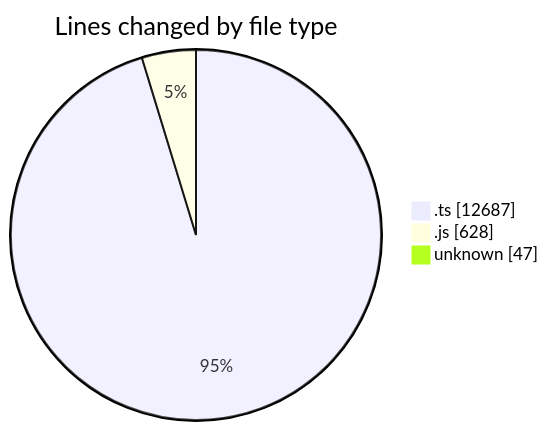
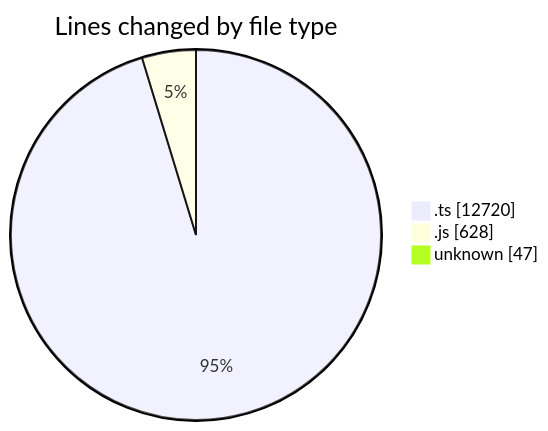
The first of 2 diagrams in 2025-09-05/cda/README.md (momahboobian/code-tracking), drawn with Mermaid before and after one commit. The commit also changed other lines of this file and 1 other file, not shown here.

````diff
--- a/2025-09-05/cda/README.md
+++ b/2025-09-05/cda/README.md
@@ -25,7 +26,7 @@
 ```mermaid
 pie showData
 title Lines changed by file type
-".ts" : 12687
+".ts" : 12720
 ".js" : 628
 "unknown" : 47
 ```
````
